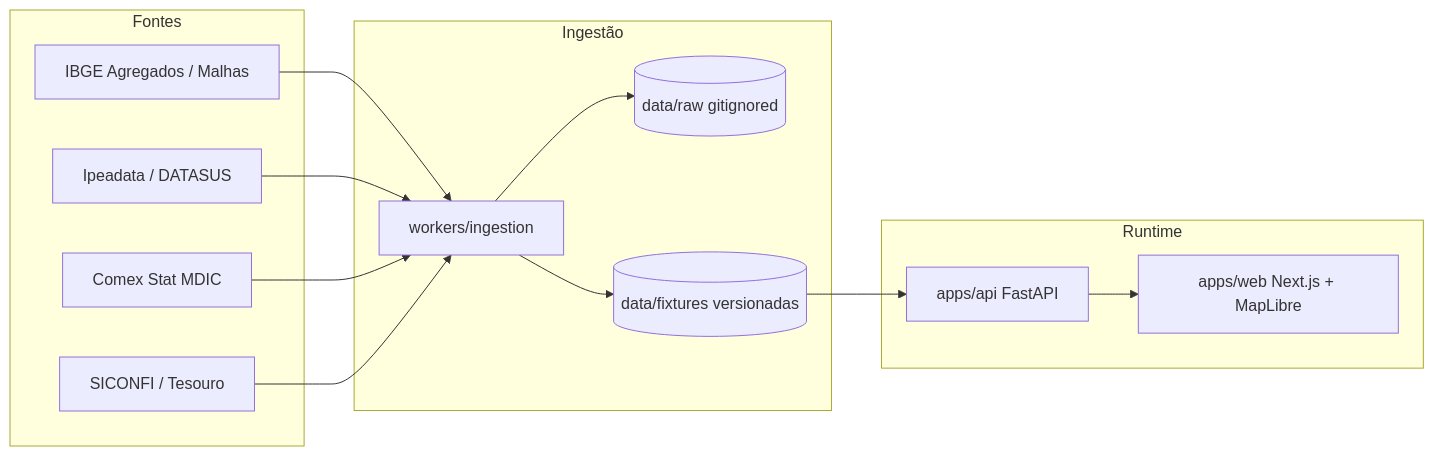
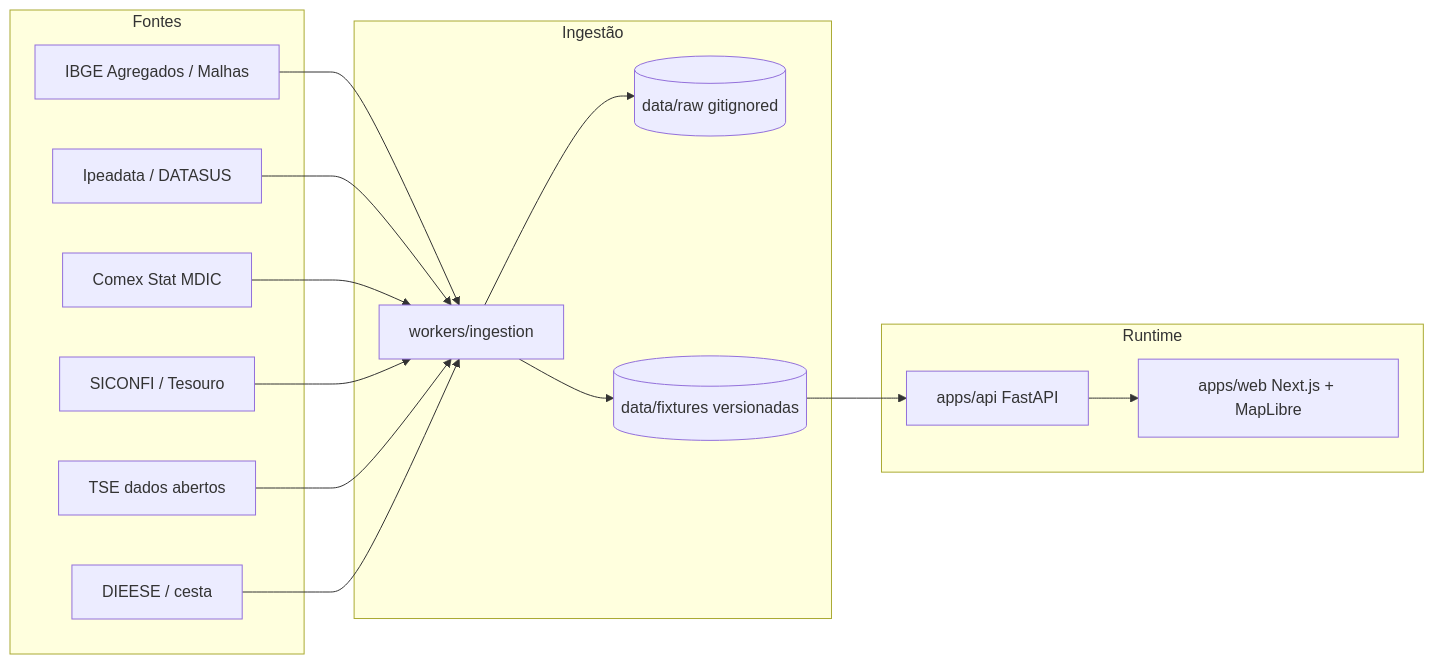
Before and after one commit to leonardolauriquer/BrasilReal: the diagram in README.md, drawn with Mermaid. The commit also changed other lines of this file, not shown here.

````diff
--- a/README.md
+++ b/README.md
@@ -164,29 +178,33 @@
 ```mermaid
 flowchart LR
   subgraph Fontes
     IBGE[IBGE Agregados / Malhas]
     IPEA[Ipeadata / DATASUS]
     MDIC[Comex Stat MDIC]
     STN[SICONFI / Tesouro]
+    TSE[TSE dados abertos]
+    DIEESE[DIEESE / cesta]
   end
 
   subgraph Ingestão
     W[workers/ingestion]
     RAW[(data/raw gitignored)]
     FIX[(data/fixtures versionadas)]
   end
 
   subgraph Runtime
     API[apps/api FastAPI]
     WEB[apps/web Next.js + MapLibre]
   end
 
   IBGE --> W
   IPEA --> W
   MDIC --> W
   STN --> W
+  TSE --> W
+  DIEESE --> W
   W --> RAW
   W --> FIX
   FIX --> API
   API --> WEB
 ```
````
